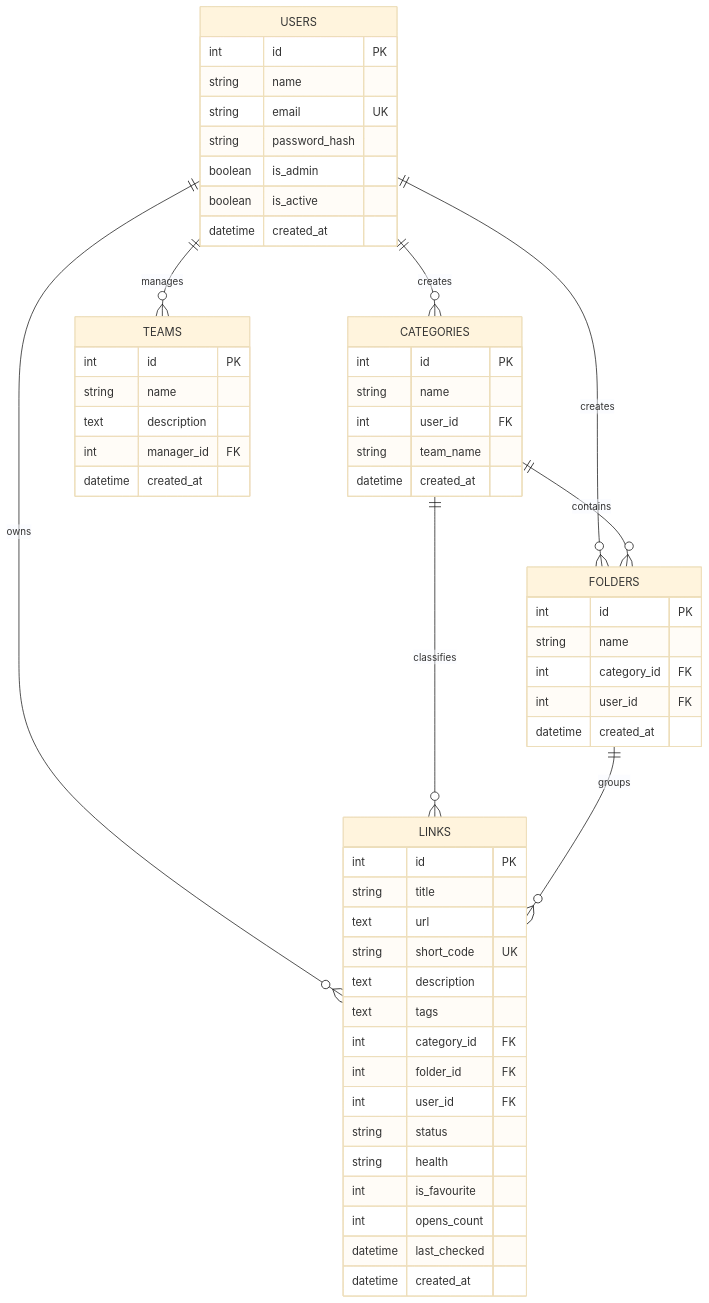
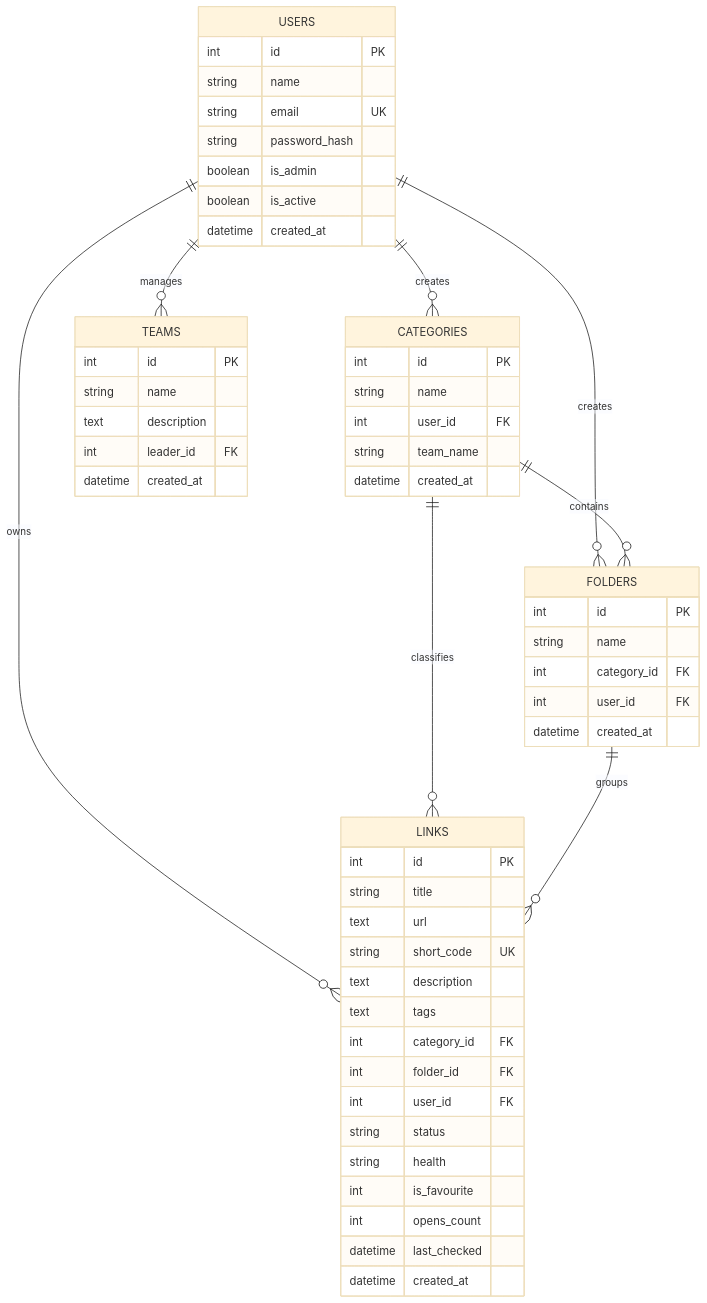
One commit to jaiharini004/LinkSphere changed the diagram in README.md. Above: the diagram before and after it, drawn with Mermaid (base theme). The commit also changed other lines of this file and 13 other files, not shown here.

````diff
--- a/README.md
+++ b/README.md
@@ -119,63 +119,63 @@
 ```mermaid
 erDiagram
     USERS ||--o{ LINKS : owns
     USERS ||--o{ CATEGORIES : creates
     USERS ||--o{ FOLDERS : creates
     USERS ||--o{ TEAMS : manages
 
     CATEGORIES ||--o{ FOLDERS : contains
     CATEGORIES ||--o{ LINKS : classifies
     FOLDERS ||--o{ LINKS : groups
 
     USERS {
         int id PK
         string name
         string email UK
         string password_hash
         boolean is_admin
         boolean is_active
         datetime created_at
     }
 
     CATEGORIES {
         int id PK
         string name
         int user_id FK
         string team_name
         datetime created_at
     }
 
     FOLDERS {
         int id PK
         string name
         int category_id FK
         int user_id FK
         datetime created_at
     }
 
     LINKS {
         int id PK
         string title
         text url
         string short_code UK
         text description
         text tags
         int category_id FK
         int folder_id FK
         int user_id FK
         string status
         string health
         int is_favourite
         int opens_count
         datetime last_checked
         datetime created_at
     }
 
     TEAMS {
         int id PK
         string name
         text description
-        int manager_id FK
+        int leader_id FK
         datetime created_at
     }
 ```
````
